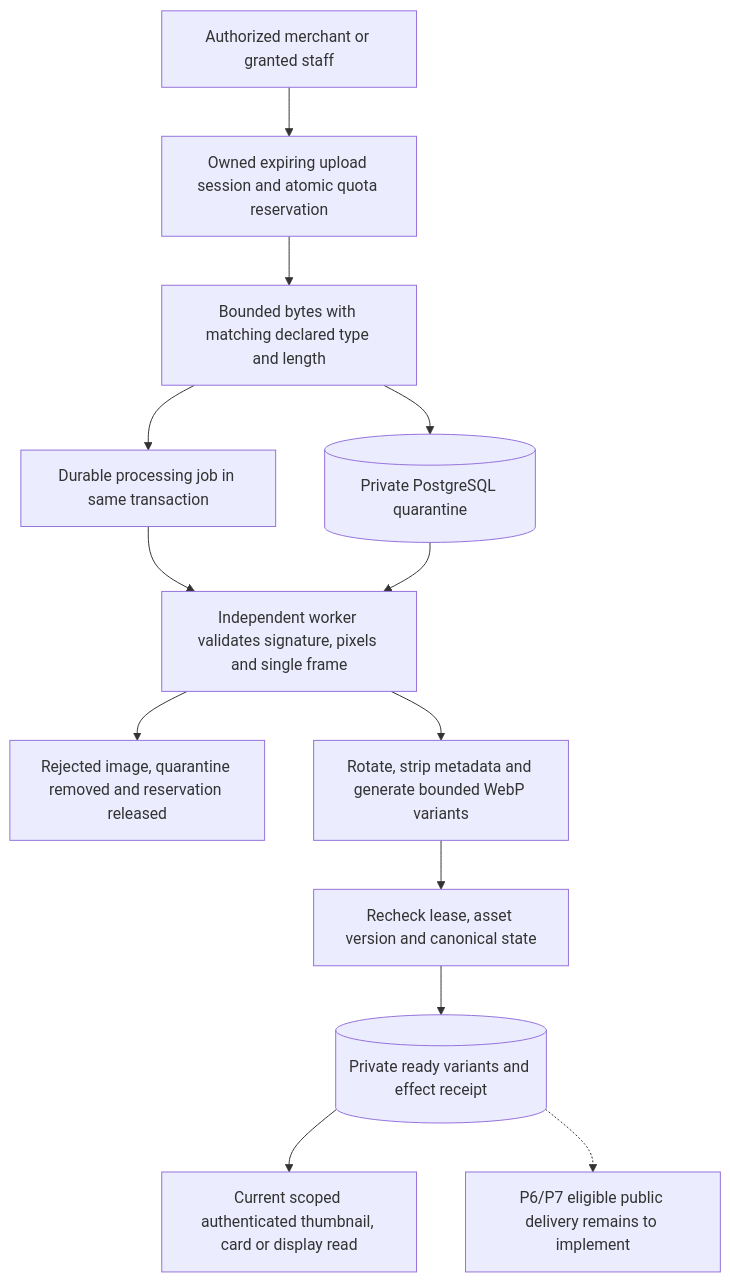
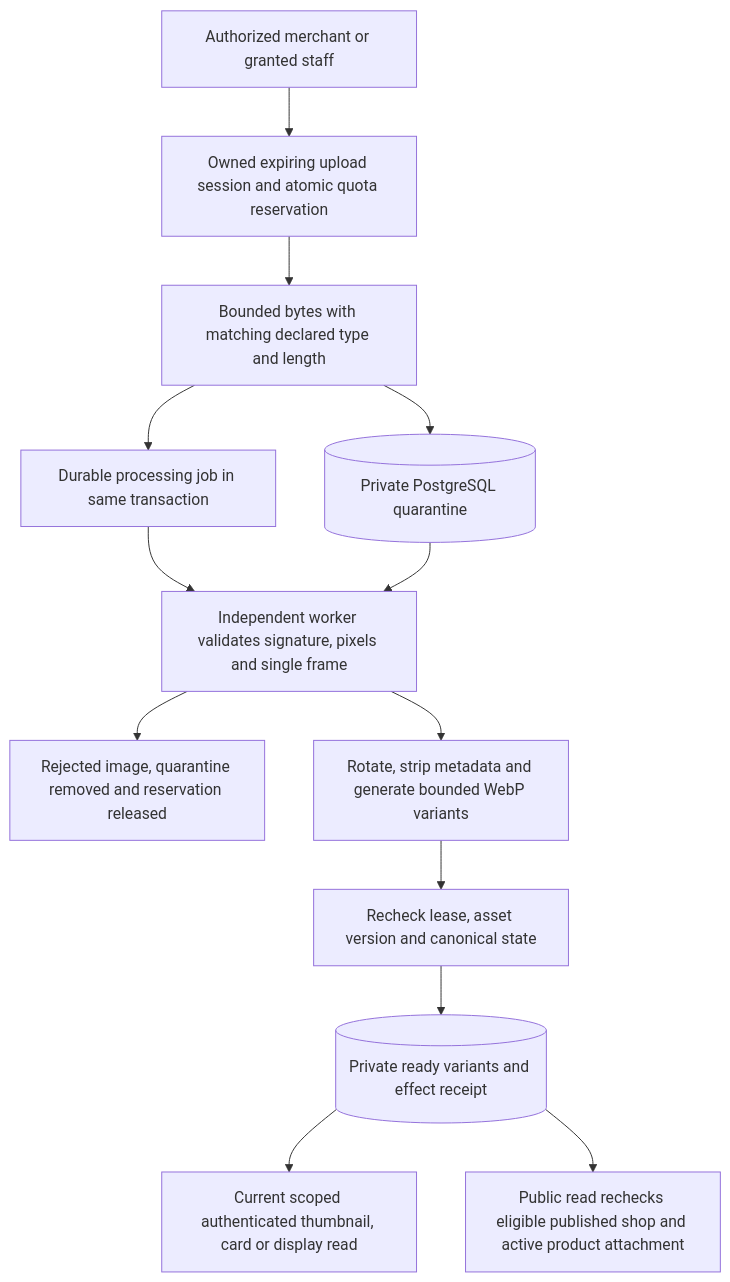
Before and after one commit to Courtlyambuiguity34/londos: the eighth of 10 diagrams in docs/ILLUSTRATIONS.md, drawn with Mermaid. The commit also changed other lines of this file and 69 other files, not shown here.

Commit message:
feat: add safe shop publication and canonical public discovery

````diff
--- a/docs/ILLUSTRATIONS.md
+++ b/docs/ILLUSTRATIONS.md
@@ -164,15 +164,15 @@
 ```mermaid
 flowchart TD
   Merchant[Authorized merchant or granted staff] --> Reserve[Owned expiring upload session and atomic quota reservation]
   Reserve --> Upload[Bounded bytes with matching declared type and length]
   Upload --> Quarantine[(Private PostgreSQL quarantine)]
   Upload --> Job[Durable processing job in same transaction]
   Job --> Decode[Independent worker validates signature, pixels and single frame]
   Quarantine --> Decode
   Decode --> Reject[Rejected image, quarantine removed and reservation released]
   Decode --> Encode[Rotate, strip metadata and generate bounded WebP variants]
   Encode --> Fence[Recheck lease, asset version and canonical state]
   Fence --> Ready[(Private ready variants and effect receipt)]
   Ready --> Read[Current scoped authenticated thumbnail, card or display read]
-  Ready -.-> Future[P6/P7 eligible public delivery remains to implement]
+  Ready --> Public[Public read rechecks eligible published shop and active product attachment]
 ```
````
